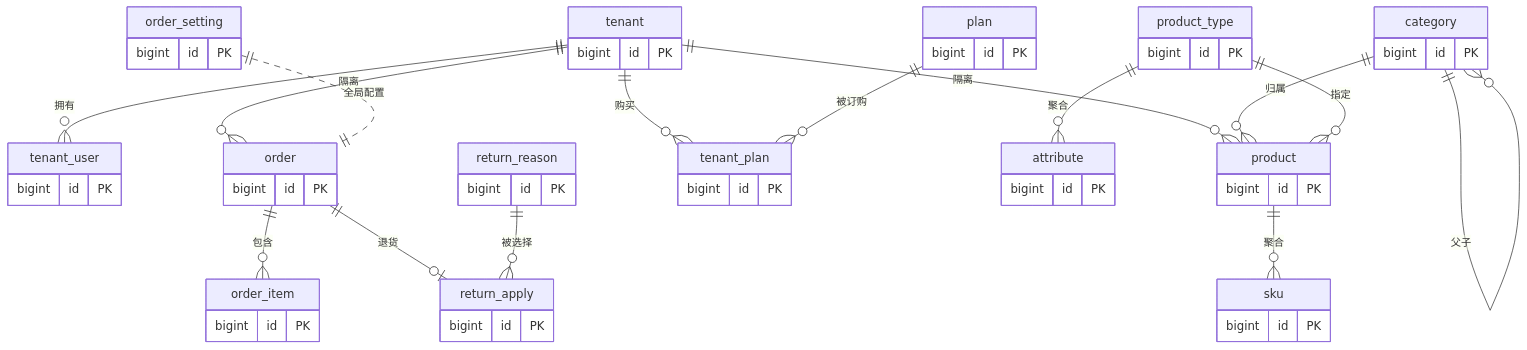
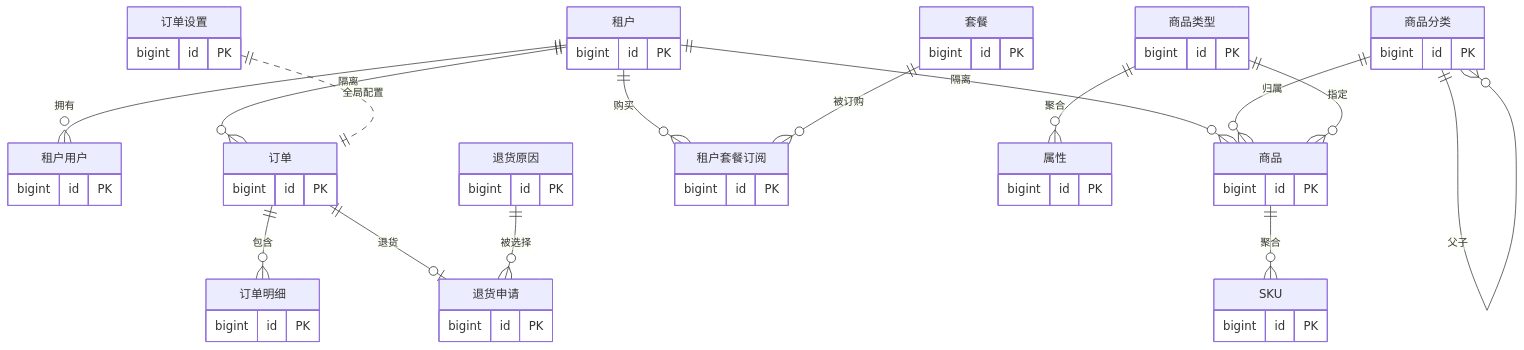
One commit to zzy-repo/qiqi-mall changed the diagram in docs/er/overview.mmd. Above: the diagram before and after it, drawn with Mermaid. The commit also changed 7 other files, not shown here.

Commit message:
docs: ER 图实体改为中文名

```diff
--- a/docs/er/overview.mmd
+++ b/docs/er/overview.mmd
@@ -1,32 +1,32 @@
 erDiagram
-    tenant ||--o{ tenant_user : "拥有"
-    tenant ||--o{ product : "隔离"
-    tenant ||--o{ order : "隔离"
-    tenant ||--o{ tenant_plan : "购买"
-    plan ||--o{ tenant_plan : "被订购"
+    租户 ||--o{ 租户用户 : "拥有"
+    租户 ||--o{ 商品 : "隔离"
+    租户 ||--o{ 订单 : "隔离"
+    租户 ||--o{ 租户套餐订阅 : "购买"
+    套餐 ||--o{ 租户套餐订阅 : "被订购"
 
-    category ||--o{ category : "父子"
-    category ||--o{ product : "归属"
-    product_type ||--o{ attribute : "聚合"
-    product_type ||--o{ product : "指定"
-    product ||--o{ sku : "聚合"
+    商品分类 ||--o{ 商品分类 : "父子"
+    商品分类 ||--o{ 商品 : "归属"
+    商品类型 ||--o{ 属性 : "聚合"
+    商品类型 ||--o{ 商品 : "指定"
+    商品 ||--o{ SKU : "聚合"
 
-    order ||--o{ order_item : "包含"
-    order ||--o| return_apply : "退货"
-    return_reason ||--o{ return_apply : "被选择"
-    order_setting ||..|| order : "全局配置"
+    订单 ||--o{ 订单明细 : "包含"
+    订单 ||--o| 退货申请 : "退货"
+    退货原因 ||--o{ 退货申请 : "被选择"
+    订单设置 ||..|| 订单 : "全局配置"
 
-    tenant { bigint id PK }
-    plan { bigint id PK }
-    category { bigint id PK }
-    product_type { bigint id PK }
-    attribute { bigint id PK }
-    product { bigint id PK }
-    sku { bigint id PK }
-    order { bigint id PK }
-    order_item { bigint id PK }
-    return_apply { bigint id PK }
-    return_reason { bigint id PK }
-    order_setting { bigint id PK }
-    tenant_user { bigint id PK }
-    tenant_plan { bigint id PK }
+    租户 { bigint id PK }
+    套餐 { bigint id PK }
+    商品分类 { bigint id PK }
+    商品类型 { bigint id PK }
+    属性 { bigint id PK }
+    商品 { bigint id PK }
+    SKU { bigint id PK }
+    订单 { bigint id PK }
+    订单明细 { bigint id PK }
+    退货申请 { bigint id PK }
+    退货原因 { bigint id PK }
+    订单设置 { bigint id PK }
+    租户用户 { bigint id PK }
+    租户套餐订阅 { bigint id PK }
```
